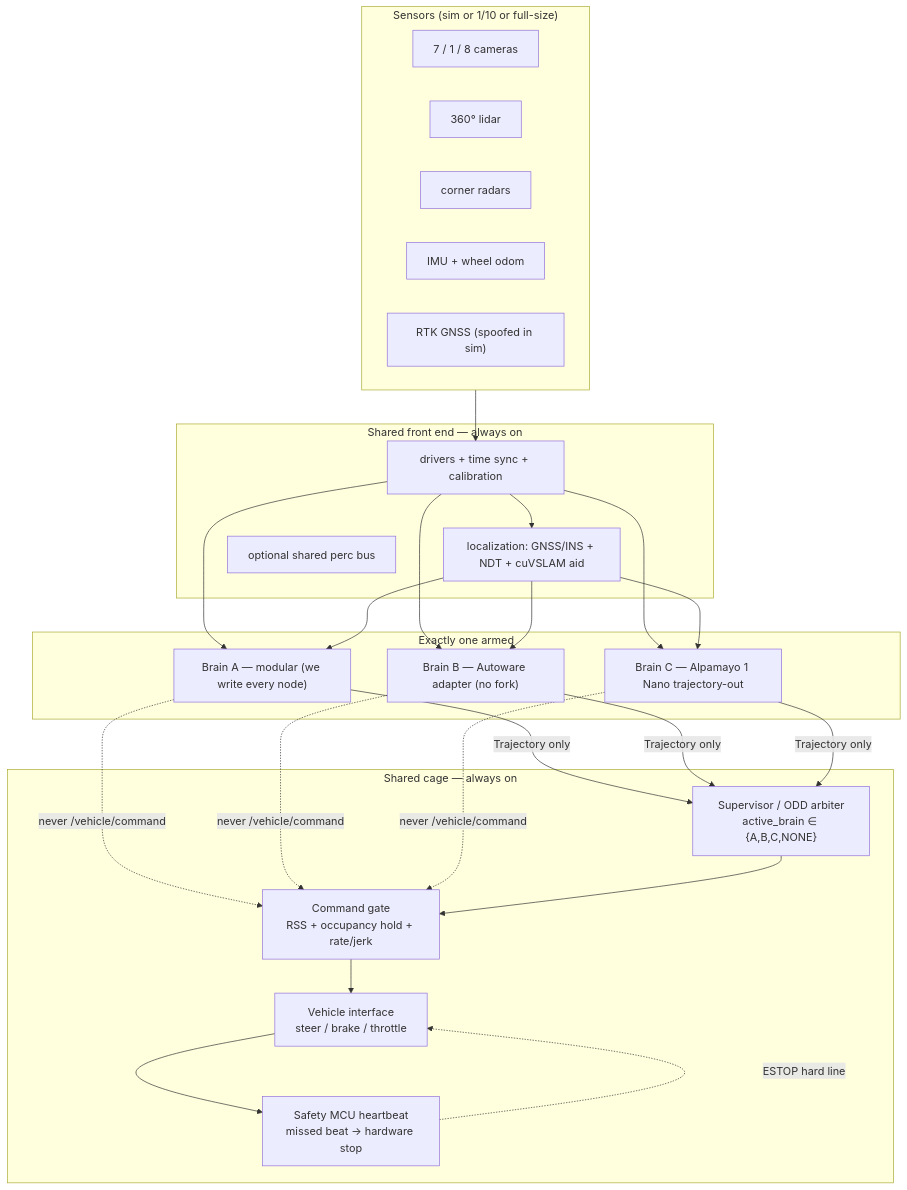
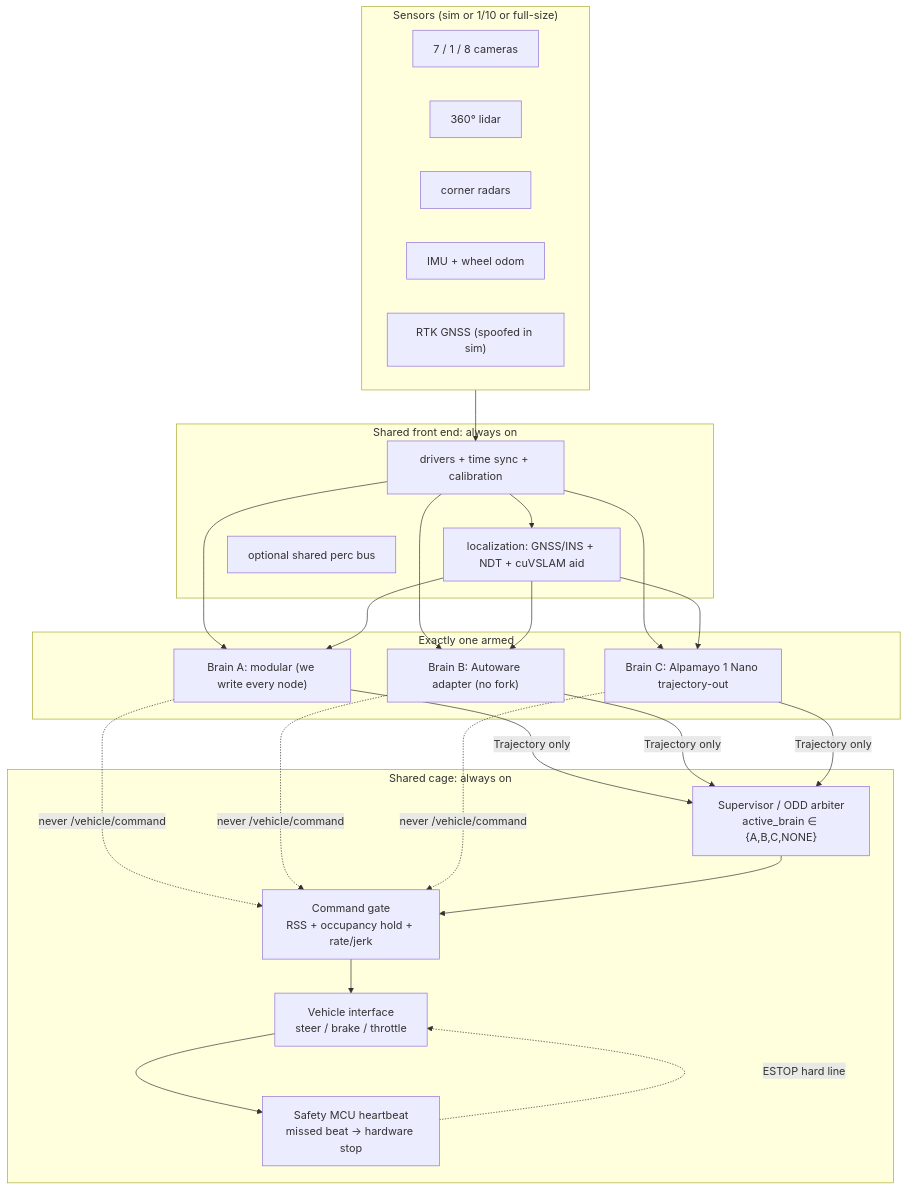
The first of 4 diagrams in docs/design.md (a-haz/autonomous-car), drawn with Mermaid before and after one commit. The commit also changed other lines of this file and 4 other files, not shown here.

````diff
--- a/docs/design.md
+++ b/docs/design.md
@@ -98,46 +98,46 @@
 ```mermaid
 flowchart TB
   subgraph SENS ["Sensors (sim or 1/10 or full-size)"]
     CAM["7 / 1 / 8 cameras"]
     LDR["360° lidar"]
     RAD["corner radars"]
     IMU["IMU + wheel odom"]
     GNSS["RTK GNSS (spoofed in sim)"]
   end
 
-  subgraph FRONT ["Shared front end — always on"]
+  subgraph FRONT ["Shared front end: always on"]
     DRV["drivers + time sync + calibration"]
     LOC["localization: GNSS/INS + NDT + cuVSLAM aid"]
     PERC["optional shared perc bus"]
   end
 
   subgraph BRAINS ["Exactly one armed"]
-    A["Brain A — modular (we write every node)"]
-    B["Brain B — Autoware adapter (no fork)"]
-    C["Brain C — Alpamayo 1 Nano trajectory-out"]
+    A["Brain A: modular (we write every node)"]
+    B["Brain B: Autoware adapter (no fork)"]
+    C["Brain C: Alpamayo 1 Nano trajectory-out"]
   end
 
-  subgraph CAGE ["Shared cage — always on"]
+  subgraph CAGE ["Shared cage: always on"]
     SUP["Supervisor / ODD arbiter<br/>active_brain ∈ {A,B,C,NONE}"]
     GATE["Command gate<br/>RSS + occupancy hold + rate/jerk"]
     VI["Vehicle interface<br/>steer / brake / throttle"]
     MCU["Safety MCU heartbeat<br/>missed beat → hardware stop"]
   end
 
   SENS --> DRV --> LOC
   DRV --> A
   DRV --> B
   DRV --> C
   LOC --> A
   LOC --> B
   LOC --> C
   A -->|"Trajectory only"| SUP
   B -->|"Trajectory only"| SUP
   C -->|"Trajectory only"| SUP
   A -.->|"never /vehicle/command"| GATE
   B -.->|"never /vehicle/command"| GATE
   C -.->|"never /vehicle/command"| GATE
   SUP --> GATE --> VI
   VI --> MCU
   MCU -.->|"ESTOP hard line"| VI
 ```
````
